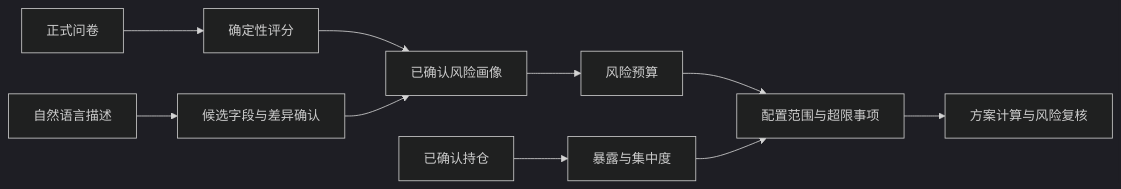
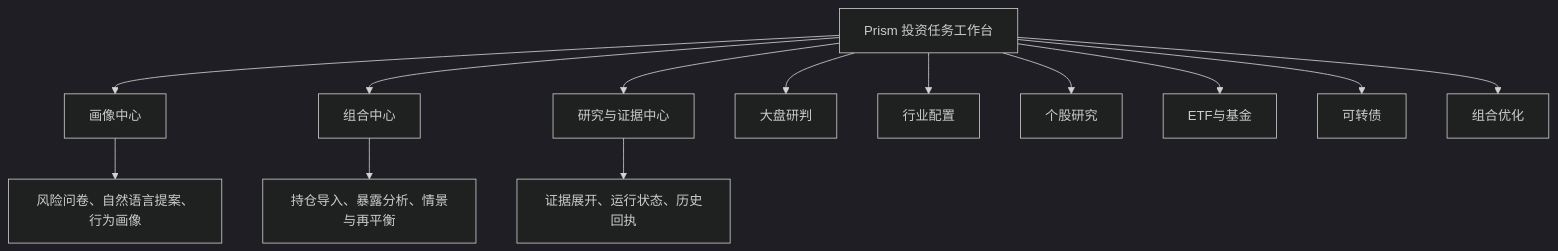
Before and after one commit to 1917173927/prism: the second of 6 diagrams in docs/submission/competition-technical-solution.md, drawn with Mermaid (dark theme). The commit also changed other lines of this file and 2 other files, not shown here.

Commit message:
docs: publish Prism competition project proposal

````diff
--- a/docs/submission/competition-technical-solution.md
+++ b/docs/submission/competition-technical-solution.md
@@ -248,12 +142,15 @@
 ```mermaid
-flowchart LR
-    A[正式问卷] --> B[确定性评分]
-    C[自然语言描述] --> D[候选字段与差异确认]
-    B --> E[已确认风险画像]
-    D --> E
-    E --> F[风险预算]
-    G[已确认持仓] --> H[暴露与集中度]
-    F --> I[配置范围与超限事项]
-    H --> I
-    I --> J[方案计算与风险复核]
+flowchart TD
+    A[Prism 投资任务工作台] --> B[画像中心]
+    A --> C[组合中心]
+    A --> D[研究与证据中心]
+    A --> E[大盘研判]
+    A --> F[行业配置]
+    A --> G[个股研究]
+    A --> H[ETF与基金]
+    A --> I[可转债]
+    A --> J[组合优化]
+    B --> K[风险问卷、自然语言提案、行为画像]
+    C --> L[持仓导入、暴露分析、情景与再平衡]
+    D --> M[证据展开、运行状态、历史回执]
 ```
````
